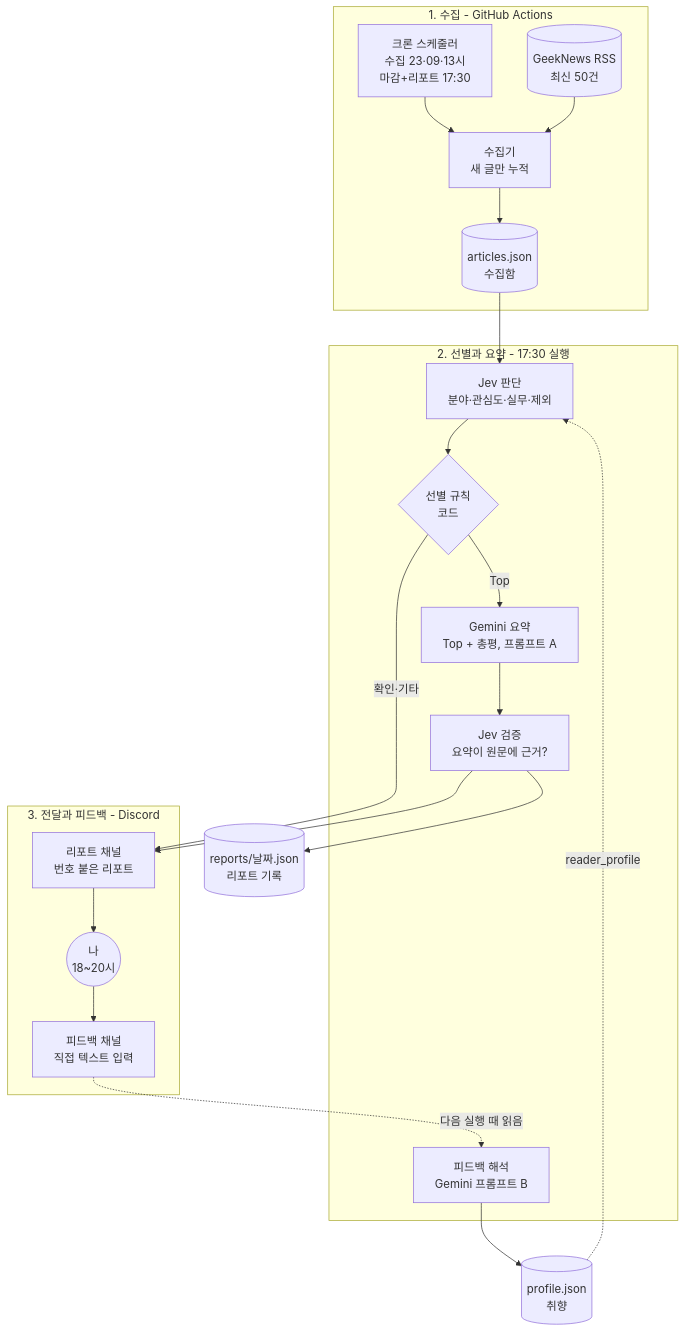
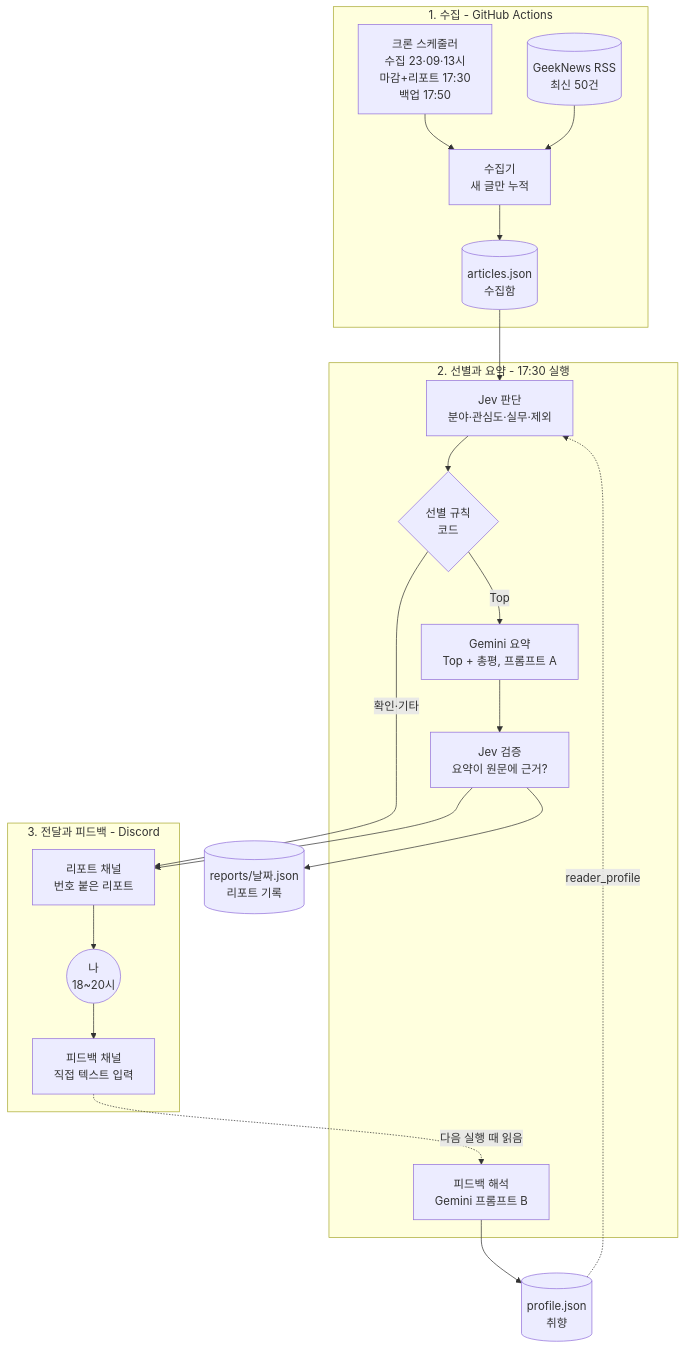
The diagram in docs/01-architecture.md (jomin4/pi-geeknews_digest), drawn with Mermaid before and after one commit. The commit also changed other lines of this file and 8 other files, not shown here.

````diff
--- a/docs/01-architecture.md
+++ b/docs/01-architecture.md
@@ -7,38 +7,38 @@
 ```mermaid
 flowchart TB
   subgraph S1["1. 수집 - GitHub Actions"]
-    CRON["크론 스케줄러<br/>수집 23·09·13시<br/>마감+리포트 17:30"]
+    CRON["크론 스케줄러<br/>수집 23·09·13시<br/>마감+리포트 17:30<br/>백업 17:50"]
     RSS[("GeekNews RSS<br/>최신 50건")]
     COL["수집기<br/>새 글만 누적"]
     ART[("articles.json<br/>수집함")]
     CRON --> COL
     RSS --> COL
     COL --> ART
   end
   subgraph S2["2. 선별과 요약 - 17:30 실행"]
     FBI["피드백 해석<br/>Gemini 프롬프트 B"]
     JEV["Jev 판단<br/>분야·관심도·실무·제외"]
     SEL{"선별 규칙<br/>코드"}
     GEM["Gemini 요약<br/>Top + 총평, 프롬프트 A"]
     VER["Jev 검증<br/>요약이 원문에 근거?"]
     JEV --> SEL
     SEL -->|Top| GEM
     GEM --> VER
   end
   subgraph S3["3. 전달과 피드백 - Discord"]
     RPT["리포트 채널<br/>번호 붙은 리포트"]
     ME(("나<br/>18~20시"))
     FB["피드백 채널<br/>직접 텍스트 입력"]
     RPT --> ME
     ME --> FB
   end
   PROF[("profile.json<br/>취향")]
   REP[("reports/날짜.json<br/>리포트 기록")]
   ART --> JEV
   SEL -->|확인·기타| RPT
   VER --> RPT
   VER --> REP
   FB -.->|다음 실행 때 읽음| FBI
   FBI --> PROF
   PROF -.->|reader_profile| JEV
 ```
````
